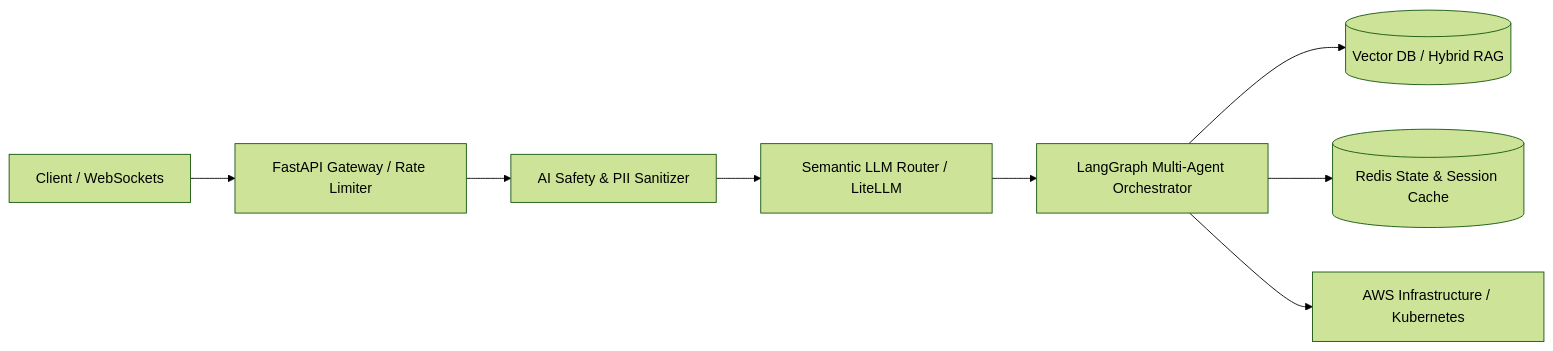
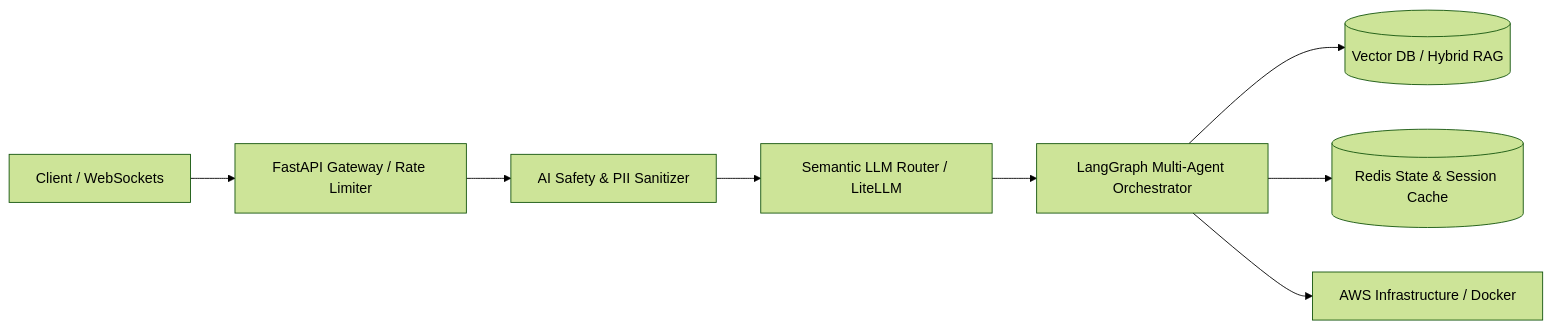
Before and after one commit to ahmedgeeter/ahmedgeeter: the diagram in README.md, drawn with Mermaid (forest theme). The commit also changed other lines of this file, not shown here.

````diff
--- a/README.md
+++ b/README.md
@@ -221,10 +220,10 @@
 ```mermaid
 graph LR
     User[Client / WebSockets] --> Gateway[FastAPI Gateway / Rate Limiter]
     Gateway --> Guardrail[AI Safety & PII Sanitizer]
     Guardrail --> Router[Semantic LLM Router / LiteLLM]
     Router --> Agents[LangGraph Multi-Agent Orchestrator]
     Agents --> VectorDB[(Vector DB / Hybrid RAG)]
     Agents --> Cache[(Redis State & Session Cache)]
-    Agents --> Cloud[AWS Infrastructure / Kubernetes]
+    Agents --> Cloud[AWS Infrastructure / Docker]
 ```
````
